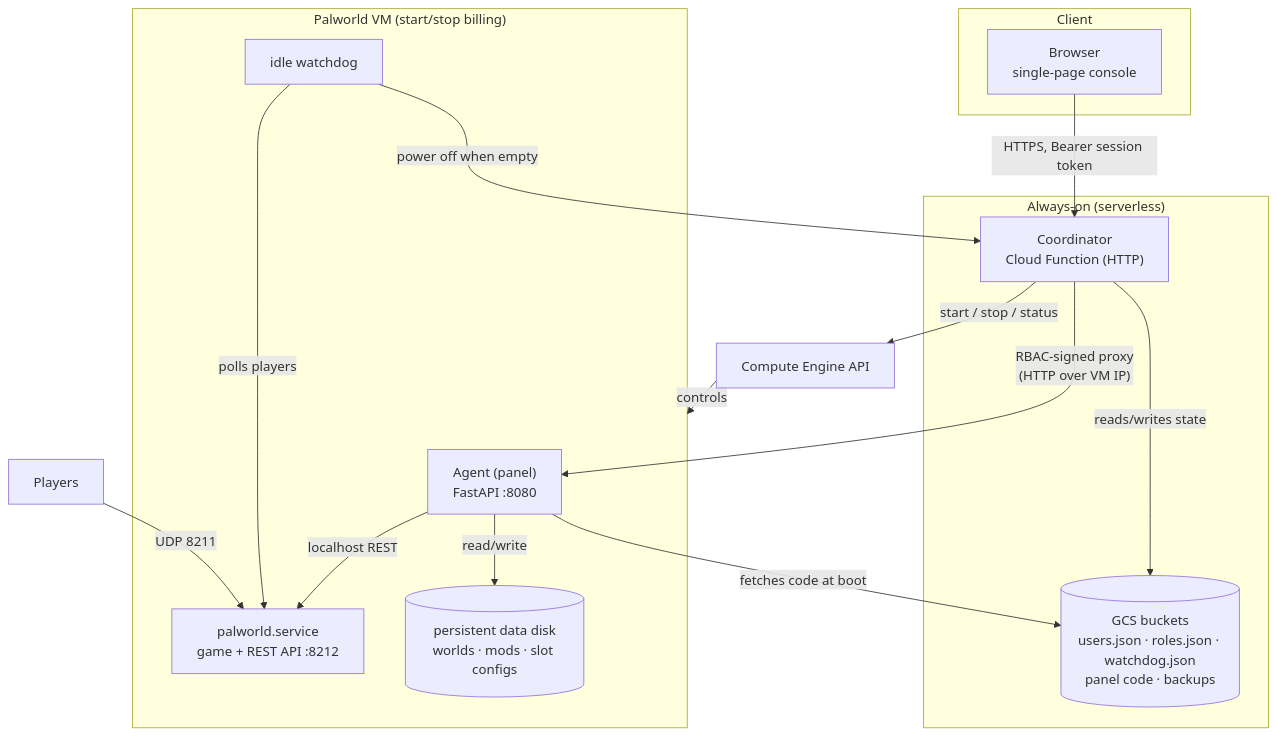
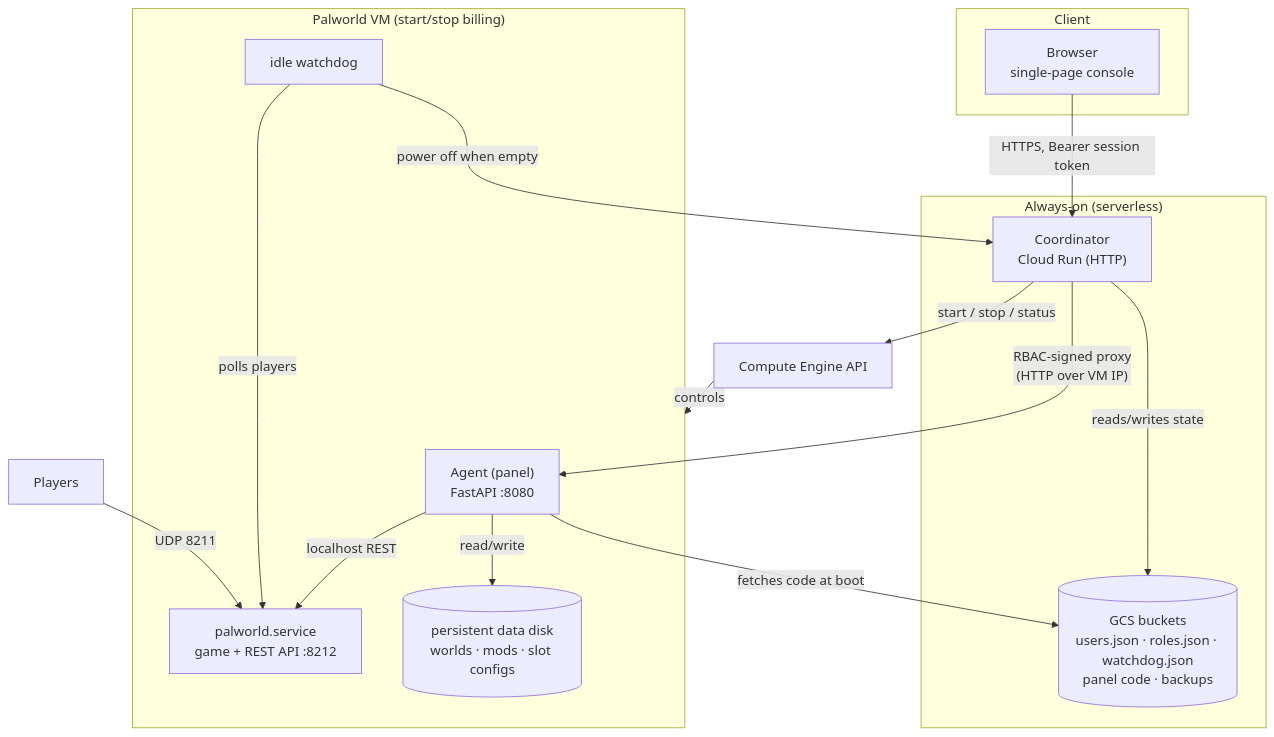
The first of 7 diagrams in docs/ARCHITECTURE.md (emanuel-luis/palpilot), drawn with Mermaid before and after one commit. The commit also changed other lines of this file and 2 other files, not shown here.

Commit message:
docs: add what this demonstrates and the analytics results; describe Cloud Run, not Cloud Functions

````diff
--- a/docs/ARCHITECTURE.md
+++ b/docs/ARCHITECTURE.md
@@ -11,33 +11,33 @@
 ```mermaid
 flowchart TB
     subgraph Client
       B["Browser<br/>single-page console"]
     end
 
     subgraph GCP_Serverless["Always-on (serverless)"]
-      CF["Coordinator<br/>Cloud Function (HTTP)"]
+      CF["Coordinator<br/>Cloud Run (HTTP)"]
       GCS[("GCS buckets<br/>users.json · roles.json · watchdog.json<br/>panel code · backups")]
     end
 
     subgraph VM["Palworld VM (start/stop billing)"]
       P["Agent (panel)<br/>FastAPI :8080"]
       G["palworld.service<br/>game + REST API :8212"]
       W["idle watchdog"]
       D[("persistent data disk<br/>worlds · mods · slot configs")]
     end
 
     COMPUTE["Compute Engine API"]
     PLAYERS["Players"]
 
     B -- "HTTPS, Bearer session token" --> CF
     CF -- "start / stop / status" --> COMPUTE
     COMPUTE -- controls --> VM
     CF -- "reads/writes state" --> GCS
     CF -- "RBAC-signed proxy<br/>(HTTP over VM IP)" --> P
     P -- "localhost REST" --> G
     P -- "read/write" --> D
     W -- "polls players" --> G
     W -- "power off when empty" --> CF
     P -- "fetches code at boot" --> GCS
     PLAYERS -- "UDP 8211" --> G
 ```
````
